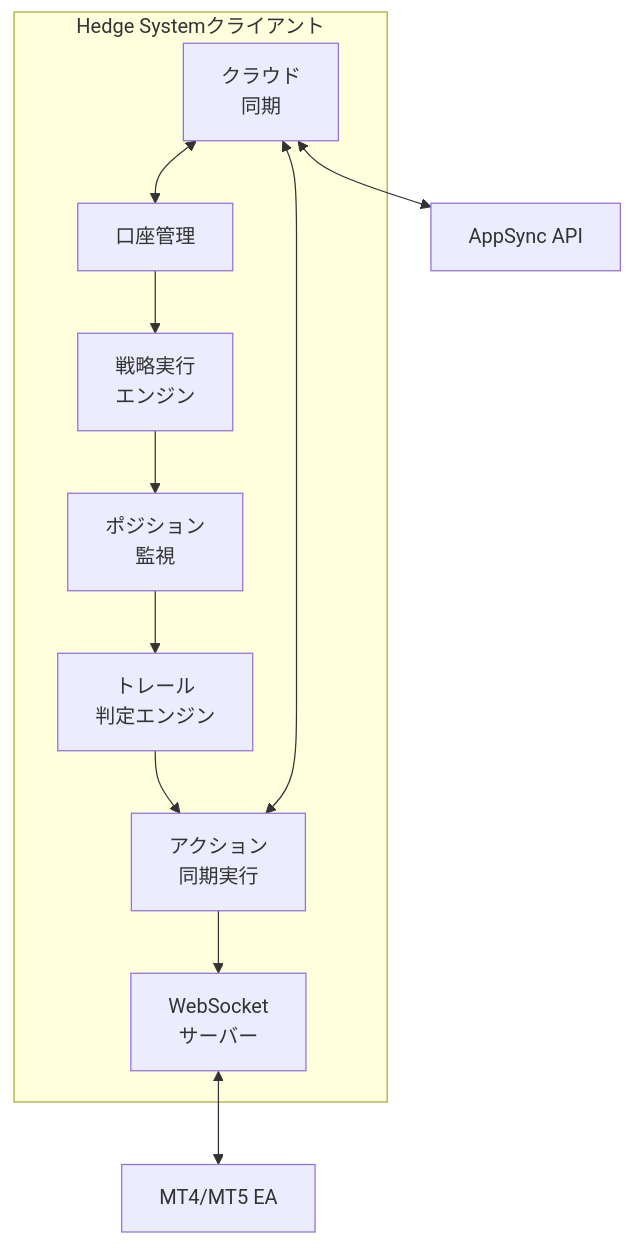
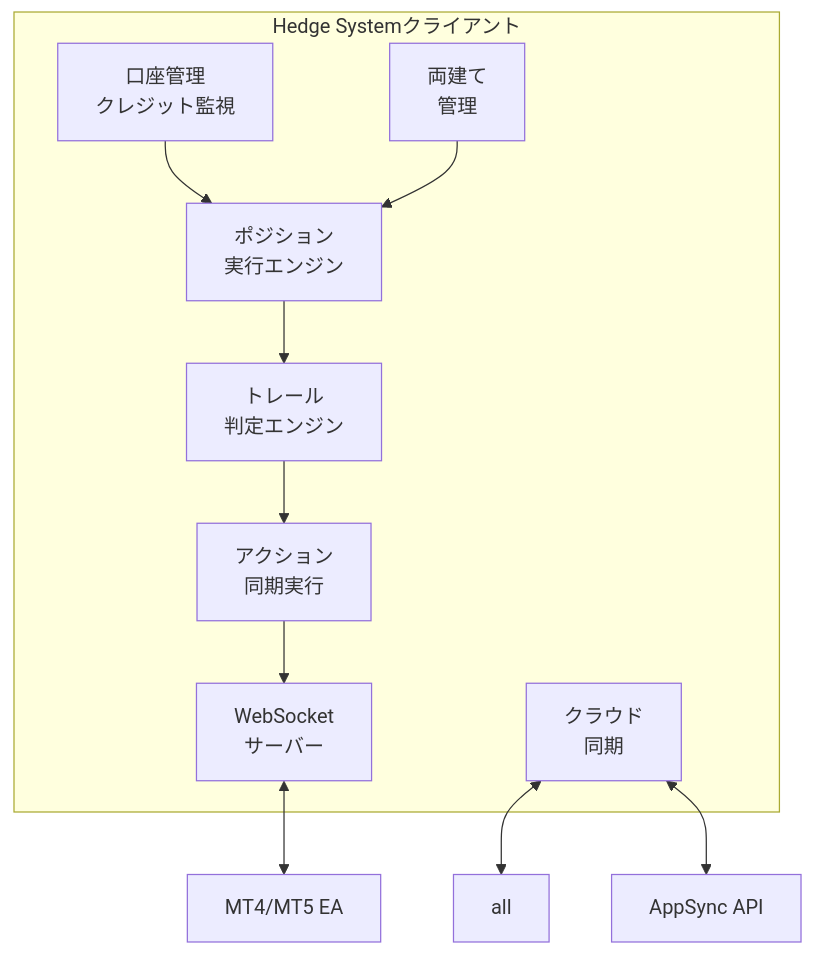
One commit to rnrnstar2/ArbitrageAssistant changed the eighth of 16 diagrams in MVPシステム設計.md. Above: the diagram before and after it, drawn with Mermaid. The commit also changed other lines of this file and 111 other files, not shown here.

````diff
--- a/MVPシステム設計.md
+++ b/MVPシステム設計.md
@@ -296,23 +394,22 @@
 ```mermaid
 graph TB
     subgraph "Hedge Systemクライアント"
-        AccountMgr[口座管理]
-        StrategyExec[戦略実行<br/>エンジン]
-        PositionMon[ポジション<br/>監視]
+        AccountMgr[口座管理<br/>クレジット監視]
+        PositionExec[ポジション<br/>実行エンジン]
+        HedgeMgr[両建て<br/>管理]
+        TrailEngine[トレール<br/>判定エンジン]
         ActionSync[アクション<br/>同期実行]
-        TrailEngine[トレール<br/>判定エンジン]
         WSServer[WebSocket<br/>サーバー]
         CloudSync[クラウド<br/>同期]
     end
-    
-    AccountMgr --> StrategyExec
-    StrategyExec --> PositionMon
-    PositionMon --> TrailEngine
+
+    AccountMgr --> PositionExec
+    HedgeMgr --> PositionExec
+    PositionExec --> TrailEngine
     TrailEngine --> ActionSync
     ActionSync --> WSServer
-    CloudSync <--> AccountMgr
-    CloudSync <--> ActionSync
-    
+    CloudSync <--> all
+
     WSServer <--> EA[MT4/MT5 EA]
     CloudSync <--> API[AppSync API]
 ```
````
